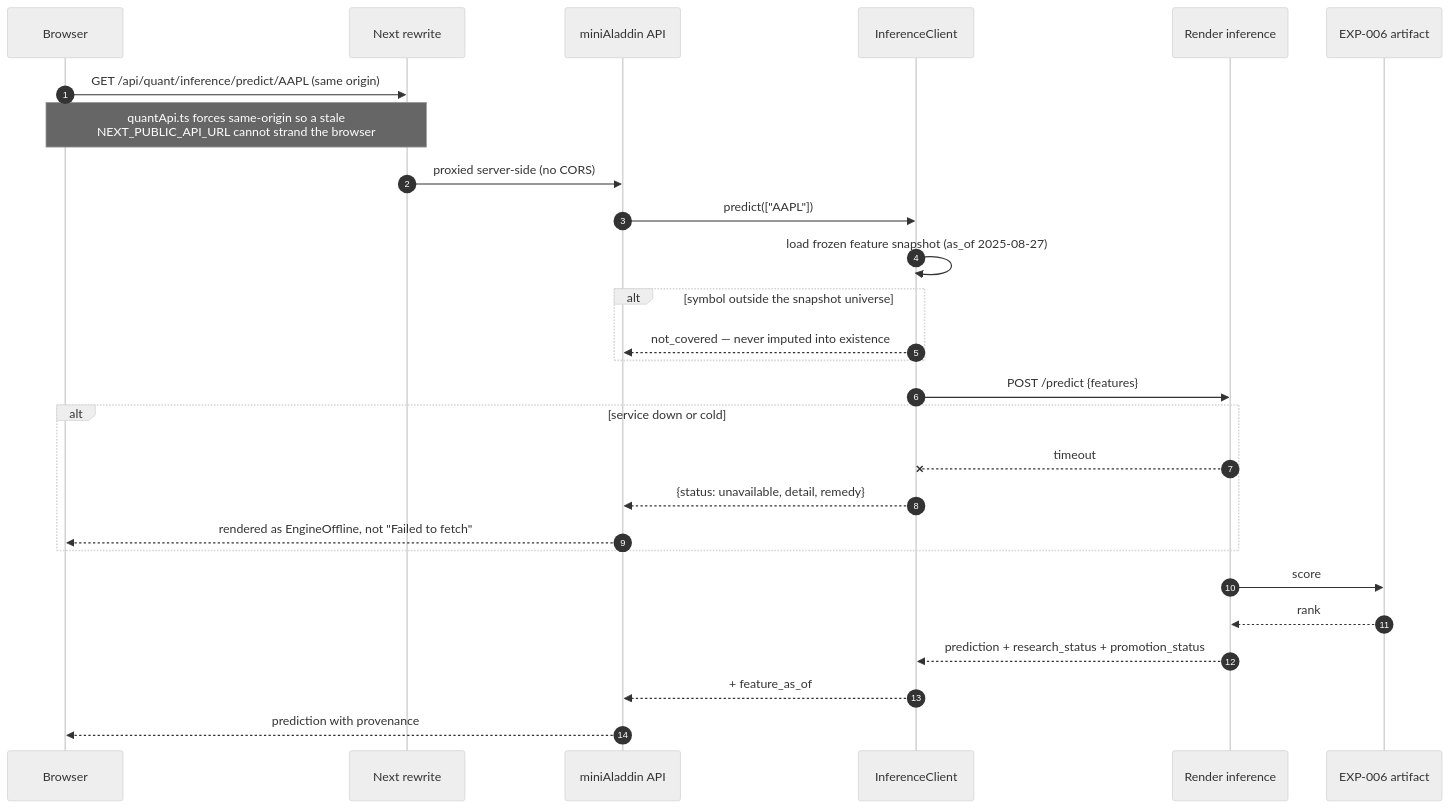
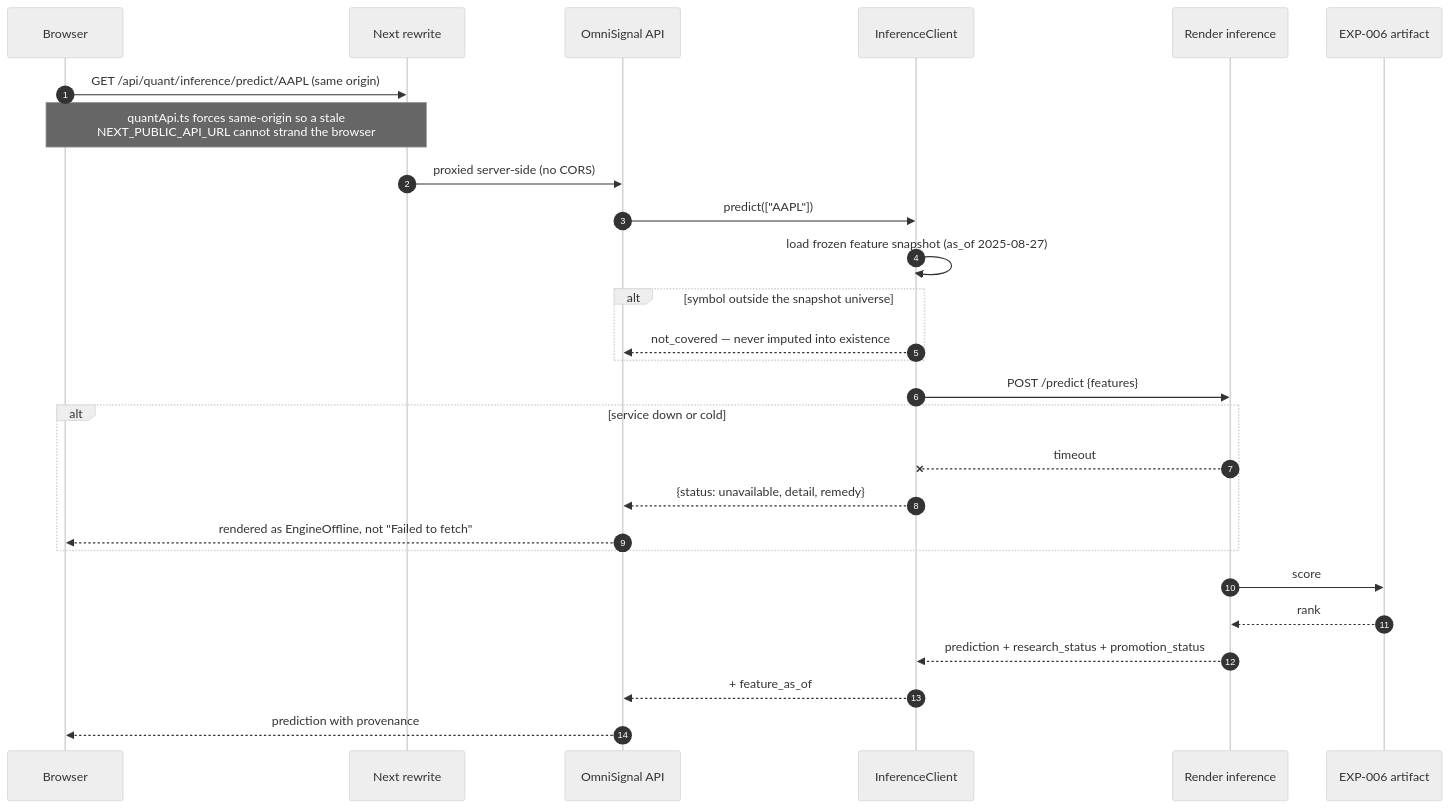
The seventh of 7 diagrams in docs/architecture.md (iAakash1/miniAladdin), drawn with Mermaid (neutral theme) before and after one commit. The commit also changed 7 other files, not shown here.

First line of the commit message:
docs: call the product OmniSignal in architecture and reference documents

````diff
--- a/docs/architecture.md
+++ b/docs/architecture.md
@@ -335,30 +335,30 @@
 ```mermaid
 sequenceDiagram
     autonumber
     participant B as Browser
     participant N as Next rewrite
-    participant A as miniAladdin API
+    participant A as OmniSignal API
     participant C as InferenceClient
     participant R as Render inference
     participant M as EXP-006 artifact
 
     B->>N: GET /api/quant/inference/predict/AAPL (same origin)
     Note over B,N: quantApi.ts forces same-origin so a stale<br/>NEXT_PUBLIC_API_URL cannot strand the browser
     N->>A: proxied server-side (no CORS)
     A->>C: predict(["AAPL"])
     C->>C: load frozen feature snapshot (as_of 2025-08-27)
     alt symbol outside the snapshot universe
         C-->>A: not_covered — never imputed into existence
     end
     C->>R: POST /predict {features}
     alt service down or cold
         R--xC: timeout
         C-->>A: {status: unavailable, detail, remedy}
         A-->>B: rendered as EngineOffline, not "Failed to fetch"
     end
     R->>M: score
     M-->>R: rank
     R-->>C: prediction + research_status + promotion_status
     C-->>A: + feature_as_of
     A-->>B: prediction with provenance
 ```
````
